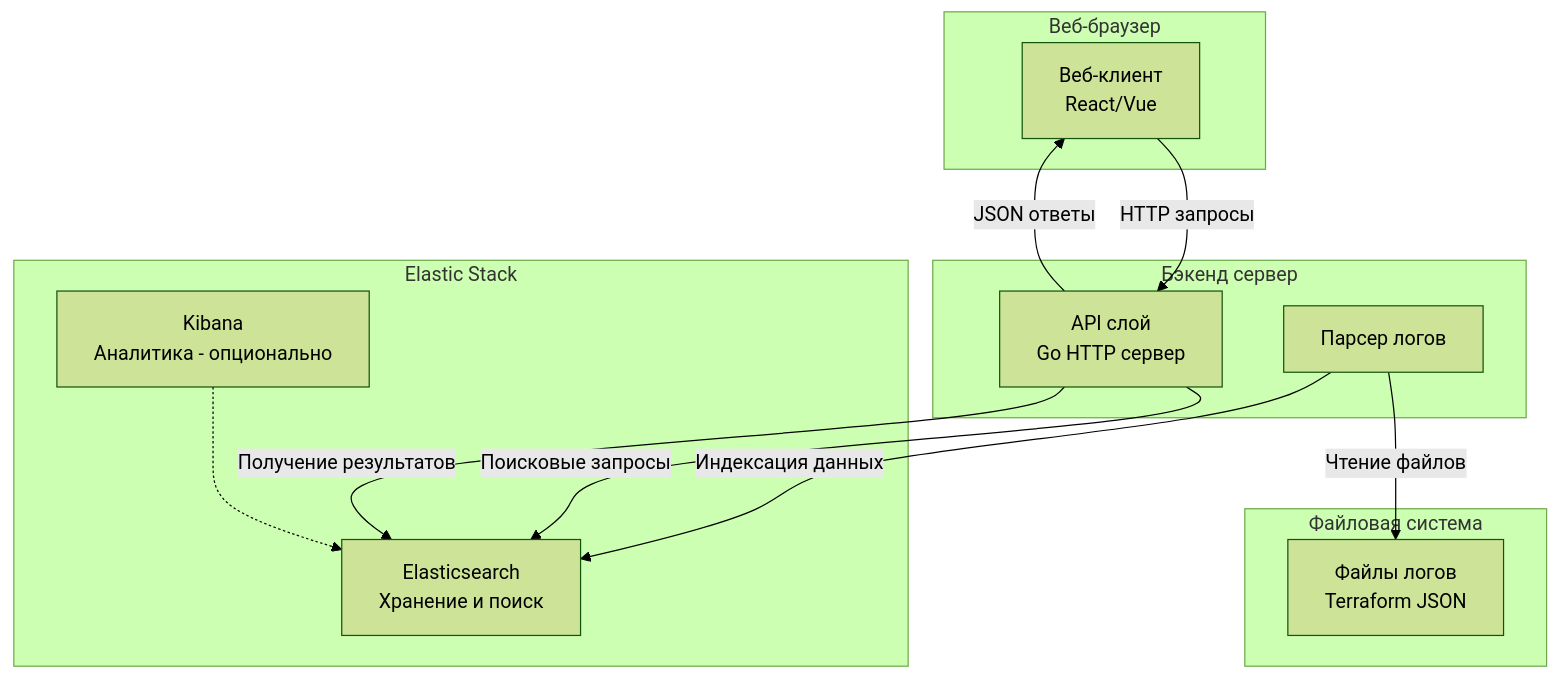
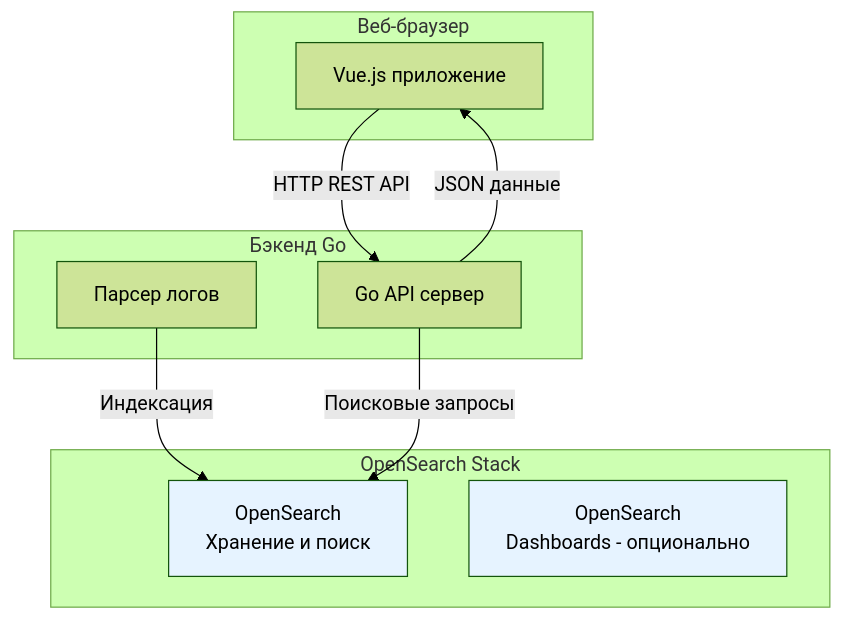
The third of 3 diagrams in docs/schemes.md (Juloadexe/hackathon-regsos), drawn with Mermaid (forest theme) before and after one commit. The commit also changed other lines of this file, not shown here.

````diff
--- a/docs/schemes.md
+++ b/docs/schemes.md
@@ -42,28 +42,24 @@
 ```mermaid
 graph TB
     subgraph WebBrowser [Веб-браузер]
-        UI[Веб-клиент<br/>React/Vue]
+        UI[Vue.js приложение]
     end
     
-    subgraph BackendServer [Бэкенд сервер]
-        API[API слой<br/>Go HTTP сервер]
+    subgraph BackendServer [Бэкенд Go]
+        API[Go API сервер]
         PARSER[Парсер логов]
     end
     
-    subgraph ElasticStack [Elastic Stack]
-        ES[Elasticsearch<br/>Хранение и поиск]
-        KIBANA[Kibana<br/>Аналитика - опционально]
+    subgraph OpenSearchStack [OpenSearch Stack]
+        OS[OpenSearch<br/>Хранение и поиск]
+        DASH[OpenSearch<br/>Dashboards - опционально]
     end
     
-    subgraph FileSystem [Файловая система]
-        LOGS[Файлы логов<br/>Terraform JSON]
-    end
+    UI -- "HTTP REST API" --> API
+    API -- "JSON данные" --> UI
+    PARSER -- "Индексация" --> OS
+    API -- "Поисковые запросы" --> OS
     
-    UI -- "HTTP запросы" --> API
-    API -- "JSON ответы" --> UI
-    PARSER -- "Чтение файлов" --> LOGS
-    PARSER -- "Индексация данных" --> ES
-    API -- "Поисковые запросы" --> ES
-    API -- "Получение результатов" --> ES
-    KIBANA -.-> ES
+    style OS fill:#e6f3ff
+    style DASH fill:#e6f3ff
 ```
````
